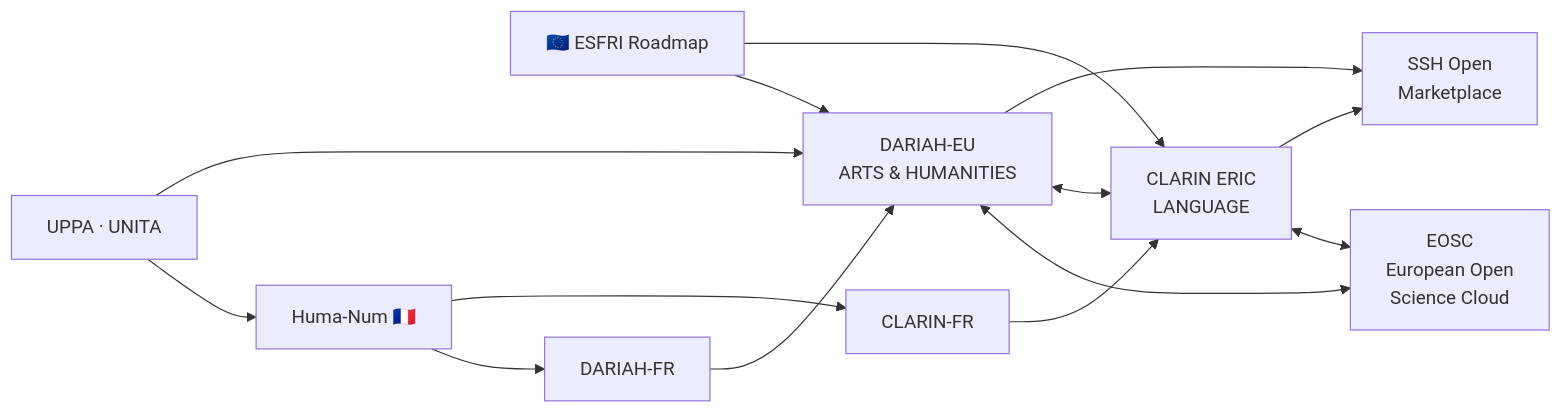
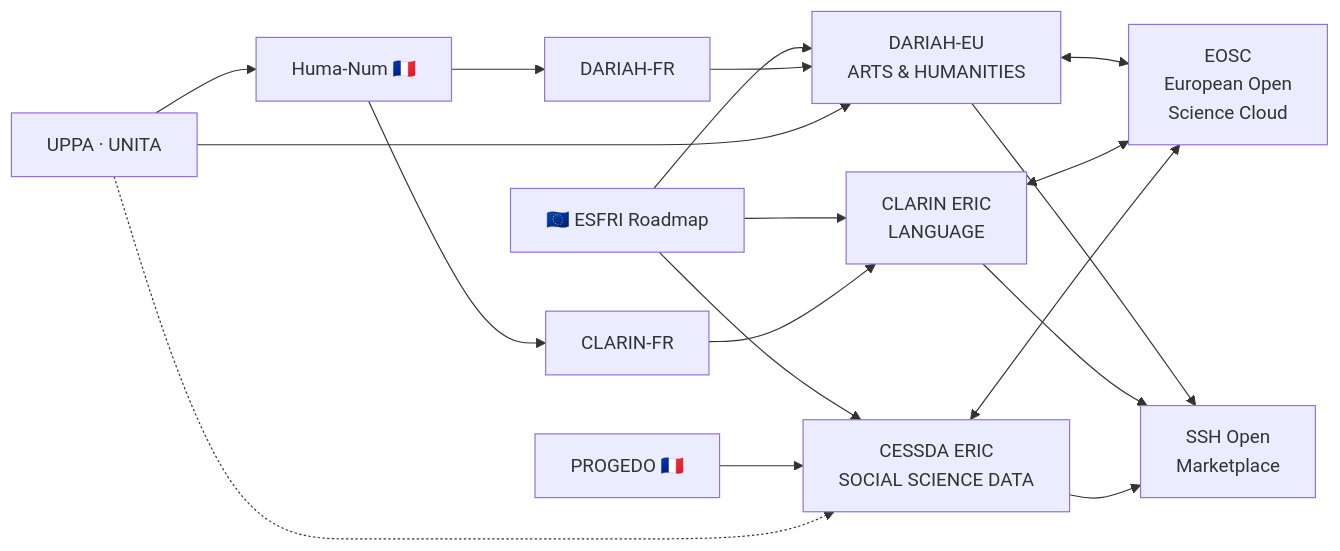
The diagram in slides/index.qmd (ujubib/ed-huma-num-dariah), drawn with Mermaid before and after one commit. The commit also changed other lines of this file and 18 other files, not shown here.

````diff
--- a/slides/index.qmd
+++ b/slides/index.qmd
@@ -323,24 +336,30 @@
 ```{mermaid}
 flowchart LR
     ESFRI["🇪🇺 ESFRI Roadmap"]
-    EOSC["EOSC\nEuropean Open\nScience Cloud"]
-    DARIAH["DARIAH-EU\nARTS & HUMANITIES"]
-    CLARIN["CLARIN ERIC\nLANGUAGE"]
-    MARKET["SSH Open\nMarketplace"]
+    EOSC["EOSC\nEuropean Open<br/>Science Cloud"]
+    DARIAH["DARIAH-EU<br/>ARTS & HUMANITIES"]
+    CLARIN["CLARIN ERIC<br/>LANGUAGE"]
+    CESSDA["CESSDA ERIC<br/>SOCIAL SCIENCE DATA"]
+    MARKET["SSH Open<br/>Marketplace"]
     HN["Huma-Num 🇫🇷"]
     DARIAH_FR["DARIAH-FR"]
     CLARIN_FR["CLARIN-FR"]
+    PROGEDO["PROGEDO 🇫🇷"]
     UPPA["UPPA · UNITA"]
 
     ESFRI --> DARIAH
     ESFRI --> CLARIN
+    ESFRI --> CESSDA
     DARIAH <--> EOSC
     CLARIN <--> EOSC
-    DARIAH <--> CLARIN
+    CESSDA <--> EOSC
     DARIAH --> MARKET
     CLARIN --> MARKET
+    CESSDA --> MARKET
     HN --> DARIAH_FR --> DARIAH
     HN --> CLARIN_FR --> CLARIN
+    PROGEDO --> CESSDA
     UPPA --> HN
     UPPA --> DARIAH
+    UPPA -.-> CESSDA
 ```
````
